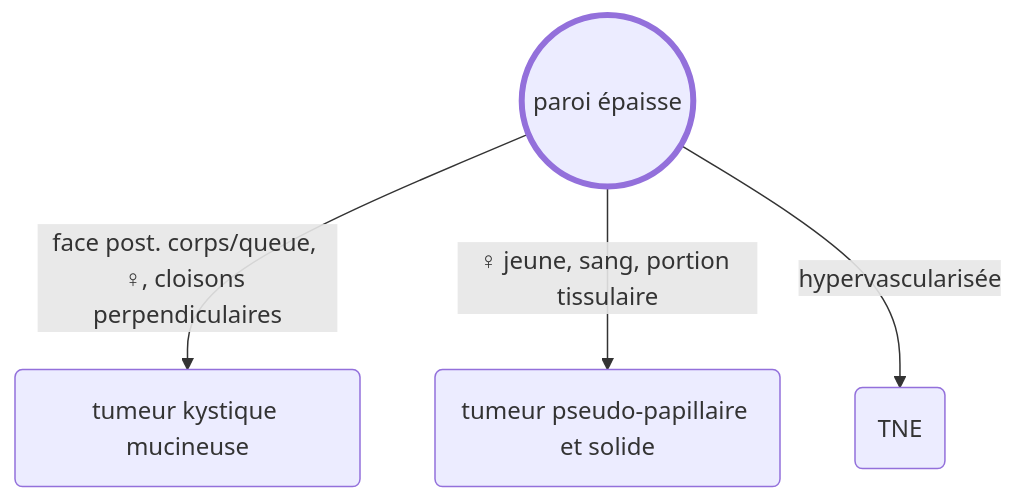
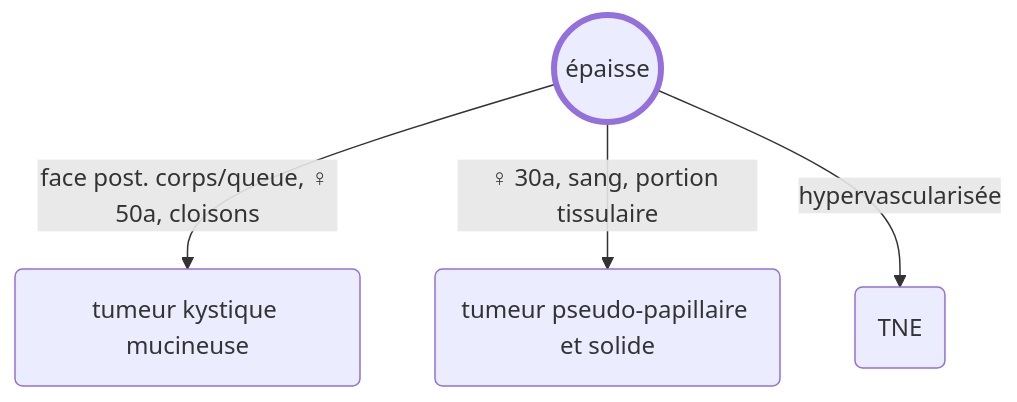
The third of 3 diagrams in docs/dig/pancreas.md (drlefevre/drlef), drawn with Mermaid before and after one commit. The commit also changed other lines of this file and 10 other files, not shown here.

````diff
--- a/docs/dig/pancreas.md
+++ b/docs/dig/pancreas.md
@@ -114,7 +116,7 @@
     ``` mermaid
     flowchart TD
         style F stroke-width:4px
-        F((paroi épaisse)) -->|face post. corps/queue, ♀, cloisons perpendiculaires| I(tumeur kystique mucineuse);
-        F -->|♀ jeune, sang, portion tissulaire| J(tumeur pseudo-papillaire et solide); 
+        F((épaisse)) -->|face post. corps/queue, ♀ 50a, cloisons| I(tumeur kystique mucineuse);
+        F -->|♀ 30a, sang, portion tissulaire| J(tumeur pseudo-papillaire et solide); 
         F -->|hypervascularisée| K(TNE);
     ```
````
